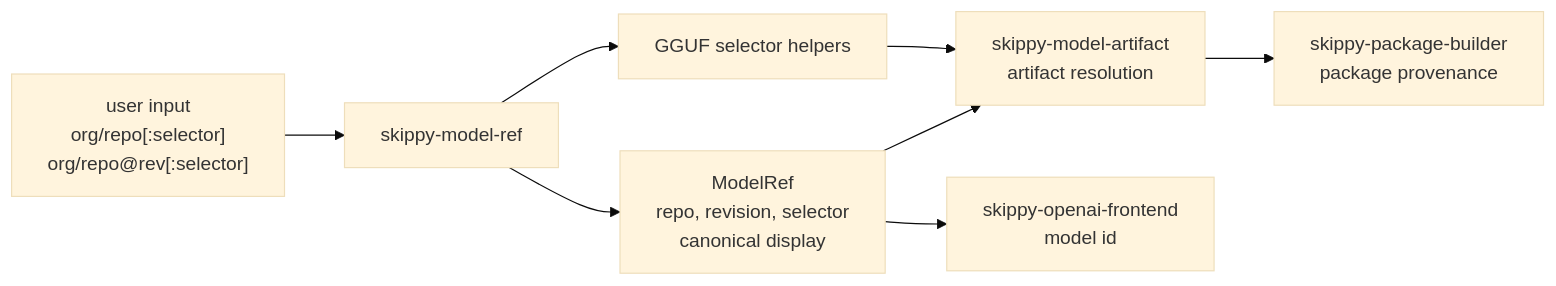
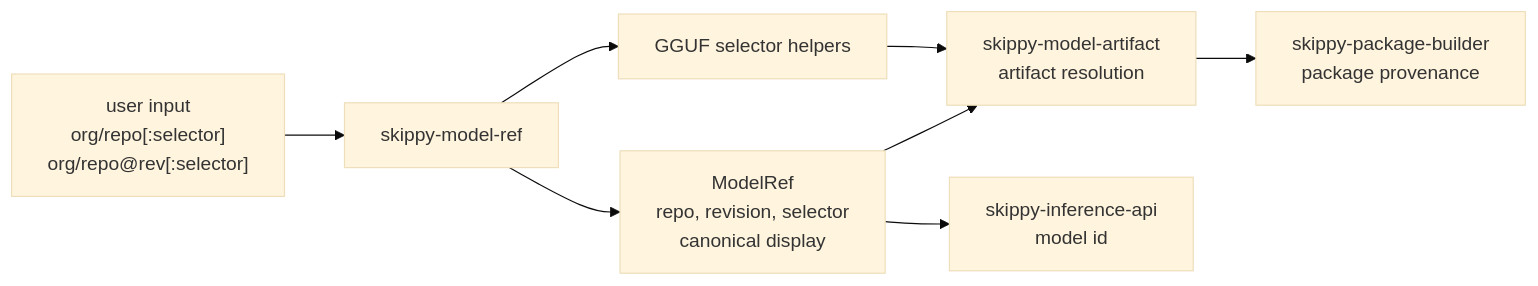
Before and after one commit to 76287298092/mesh-llm: the diagram in skippy/crates/skippy-model-ref/README.md, drawn with Mermaid (base theme). The commit also changed 200 other files, not shown here.

Commit message:
refactor(skippy): rename frontend crate to inference API

````diff
--- a/skippy/crates/skippy-model-ref/README.md
+++ b/skippy/crates/skippy-model-ref/README.md
@@ -15,10 +15,10 @@
 ```mermaid
 flowchart LR
     U["user input<br/>org/repo[:selector]<br/>org/repo@rev[:selector]"] --> R["skippy-model-ref"]
     R --> M["ModelRef<br/>repo, revision, selector<br/>canonical display"]
     R --> Q["GGUF selector helpers"]
     M --> A["skippy-model-artifact<br/>artifact resolution"]
     Q --> A
     A --> P["skippy-package-builder<br/>package provenance"]
-    M --> O["skippy-openai-frontend<br/>model id"]
+    M --> O["skippy-inference-api<br/>model id"]
 ```
````
